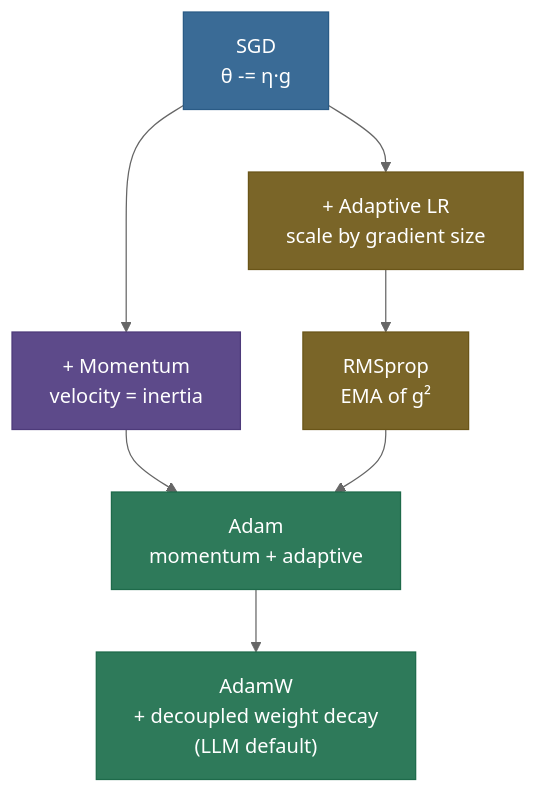
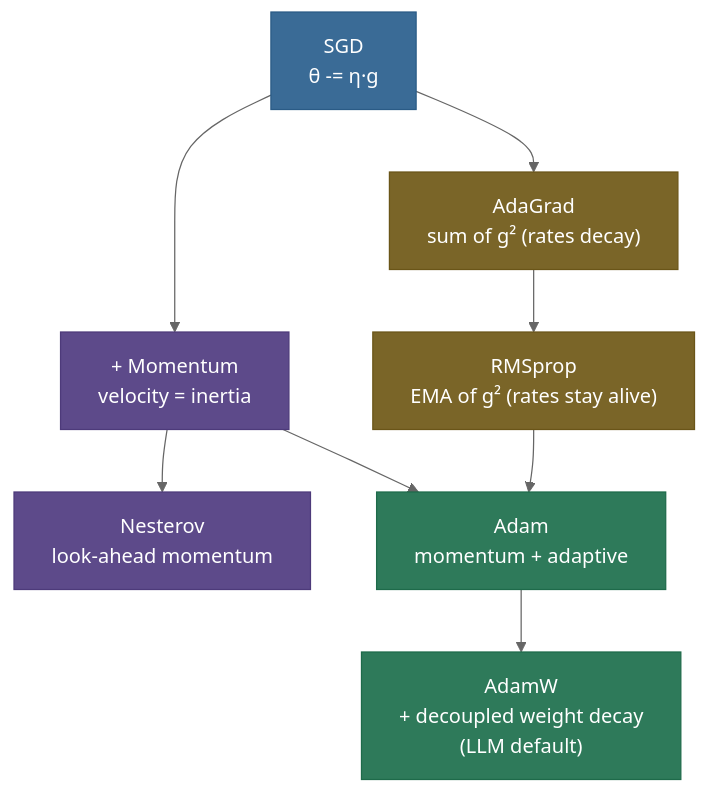
The first of 3 diagrams in 05. Deep_Learning/concepts/07-Optimizers.md (sudhir13s/AI-ML-learning-resources), drawn with Mermaid (neutral theme) before and after one commit. The commit also changed other lines of this file and 1 other file, not shown here.

````diff
--- a/05. Deep_Learning/concepts/07-Optimizers.md
+++ b/05. Deep_Learning/concepts/07-Optimizers.md
@@ -75,14 +70,15 @@
 ```mermaid
 graph TD
     SGD["SGD<br/>θ -= η·g"]:::data --> MOM["+ Momentum<br/>velocity = inertia"]:::process
-    SGD --> ADA["+ Adaptive LR<br/>scale by gradient size"]:::amber
-    ADA --> RMS["RMSprop<br/>EMA of g²"]:::amber
+    MOM --> NAG["Nesterov<br/>look-ahead momentum"]:::process
+    SGD --> ADA["AdaGrad<br/>sum of g² (rates decay)"]:::amber
+    ADA --> RMS["RMSprop<br/>EMA of g² (rates stay alive)"]:::amber
     MOM --> ADAM["Adam<br/>momentum + adaptive"]:::out
     RMS --> ADAM
     ADAM --> ADAMW["AdamW<br/>+ decoupled weight decay<br/>(LLM default)"]:::out
 
     classDef data fill:#3A6B96,stroke:#2A5B86,color:#fff
     classDef process fill:#5D4A8A,stroke:#4D3A7A,color:#fff
     classDef amber fill:#7A6528,stroke:#6A5518,color:#fff
     classDef out fill:#2E7A5A,stroke:#1E6A4A,color:#fff
 ```
````
